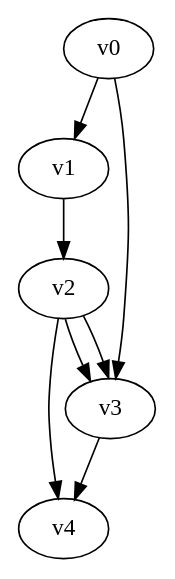
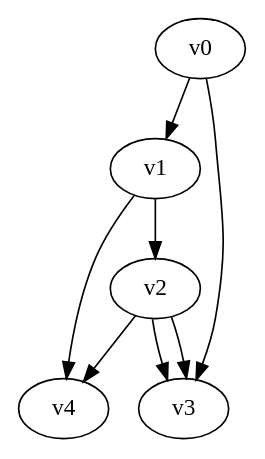
Before and after one commit to yadej/graph_project: the diagram in tmp.dot, drawn with Graphviz.

Commit message:
j'ai débuggé digraph_to_string mais y a tjs un bug et faut faire marché les display avec les labels et j'ai rajouté un test

```diff
--- a/tmp.dot
+++ b/tmp.dot
@@ -1,7 +1,8 @@
 digraph G { 
-v0 -> v1 -> v2;
-v0 -> v3 -> v4;
+v0 -> v1 -> v4;
+v0 -> v3;
+v1 -> v2;
 v2 -> v3;
 v2 -> v3;
 v2 -> v4;
 }
```
